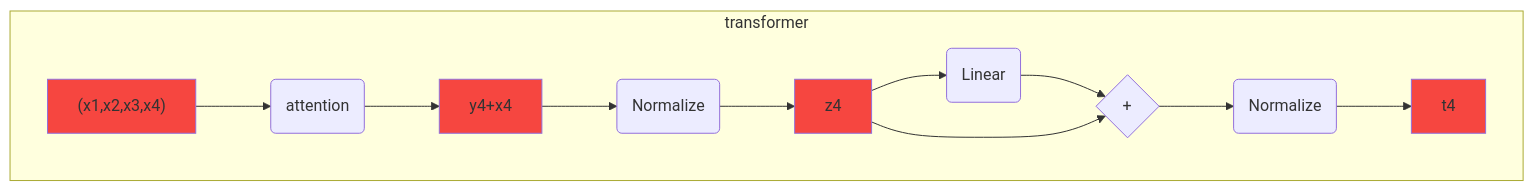
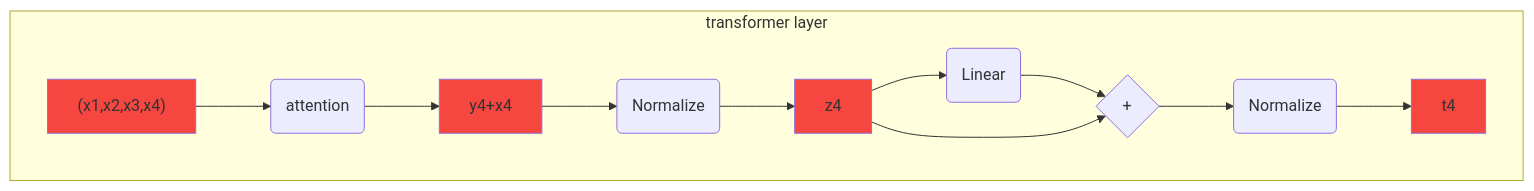
One commit to mapariel/transformers changed the fourth of 4 diagrams in README.md. Above: the diagram before and after it, drawn with Mermaid.

````diff
--- a/README.md
+++ b/README.md
@@ -57,9 +57,9 @@
 ```mermaid
 flowchart TB;
-subgraph transformer;
+subgraph transformer layer;
 a["(x1,x2,x3,x4)"]:::embedding-->b("attention")-->c["y4+x4"]:::embedding
 -->d("Normalize")-->e["z4"]:::embedding-->f("Linear")-->g{"+"};
 e-->g-->h("Normalize")-->i["t4"]:::embedding;
 end;
 classDef embedding fill:#f64640;
 ```
````
